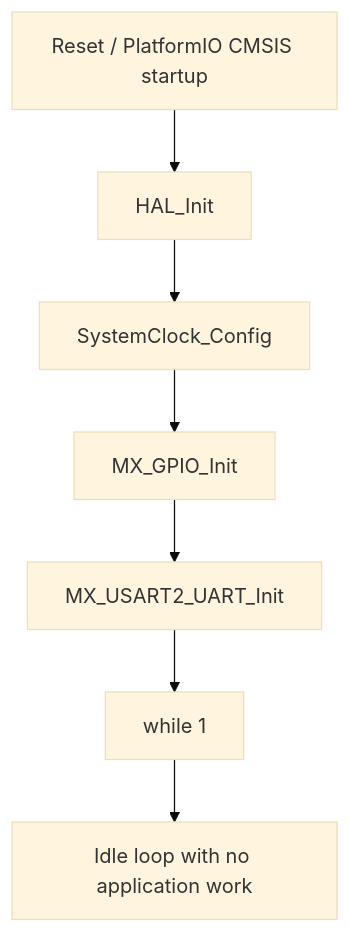
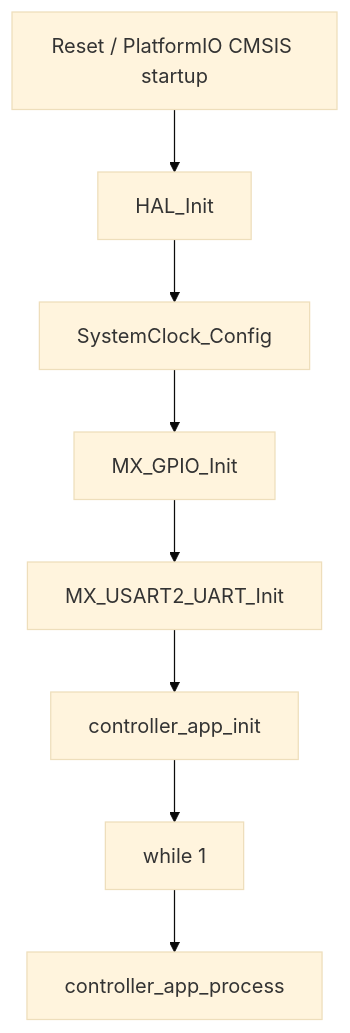
The diagram in docs/controller-code-flow.md (minigubben/marine_power_system), drawn with Mermaid (base theme) before and after one commit. The commit also changed other lines of this file and 24 other files, not shown here.

````diff
--- a/docs/controller-code-flow.md
+++ b/docs/controller-code-flow.md
@@ -38,9 +49,10 @@
 ```mermaid
 flowchart TD
     A[Reset / PlatformIO CMSIS startup] --> B[HAL_Init]
     B --> C[SystemClock_Config]
     C --> D[MX_GPIO_Init]
     D --> E[MX_USART2_UART_Init]
-    E --> F[while 1]
-    F --> G[Idle loop with no application work]
+    E --> F[controller_app_init]
+    F --> G[while 1]
+    G --> H[controller_app_process]
 ```
````
